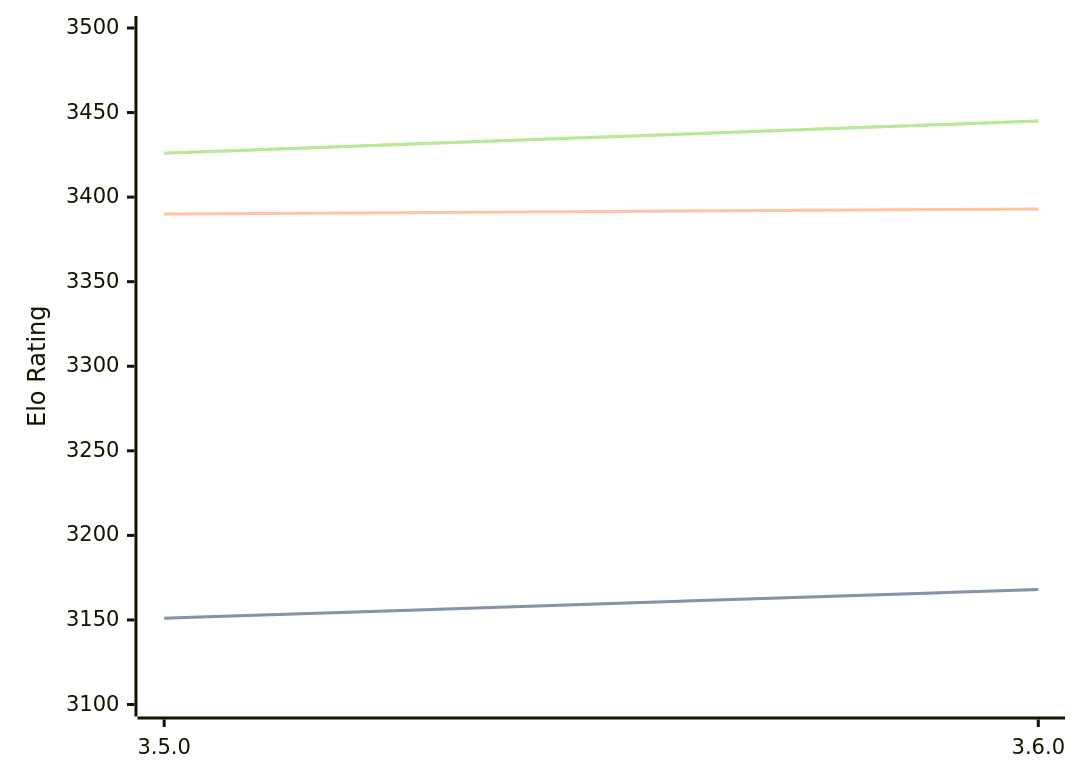
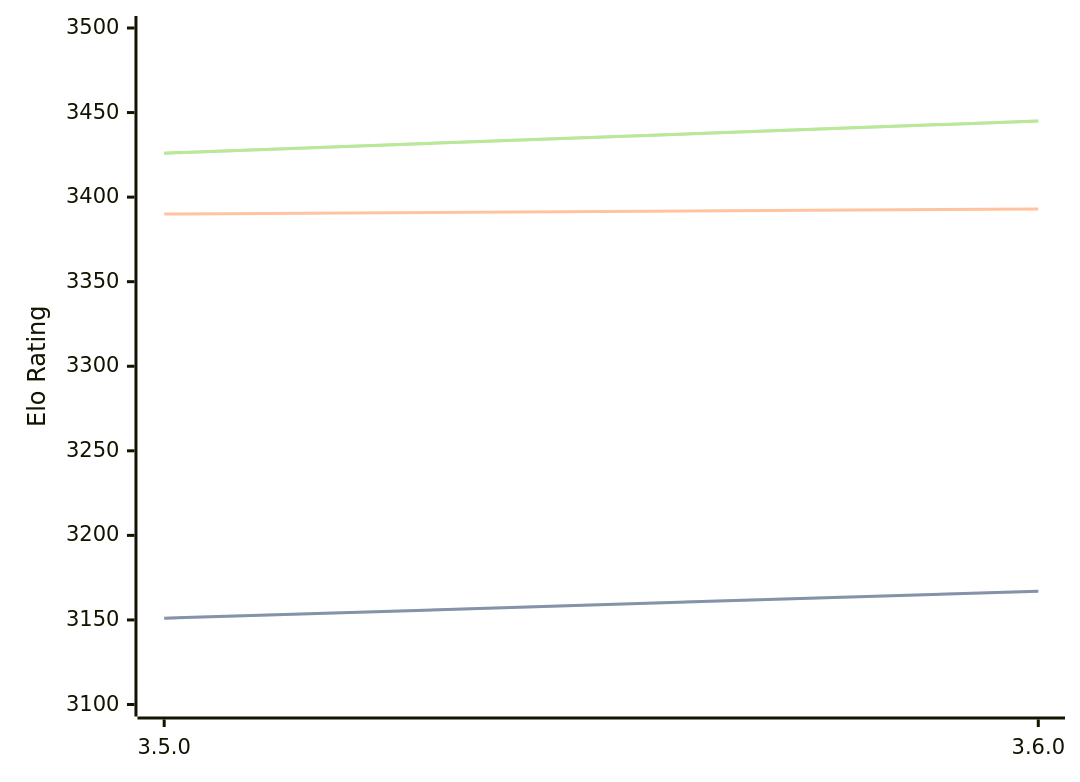
The third of 3 diagrams in engines/Igel.md (computer-chess-index/cci), drawn with Mermaid before and after one commit. The commit also changed other lines of this file, not shown here.

````diff
--- a/engines/Igel.md
+++ b/engines/Igel.md
@@ -101,11 +101,11 @@
 ```mermaid
 %%{init: {"theme":"base","themeVariables":{"seriesColors:['#a3a3a3','#222221','#faa371']}}}%%
 xychart-beta
   x-axis ["3.5.0", "3.6.0"]
   y-axis "Elo Rating" 3100 --> 3500
-  line "STC (8.0+0.08s)" [3151, 3168]
-  line "STC (8.0+0.08s)" [3151, 3168]
+  line "STC (8.0+0.08s)" [3151, 3167]
+  line "STC (8.0+0.08s)" [3151, 3167]
   line "LTC (60.0+0.60s)" [3390, 3393]
   line "VLTC (2m24s+1.12s)" [3426, 3445]
   line "VLTC (2m24s+1.12s)" [3426, 3445]
 ```
````
